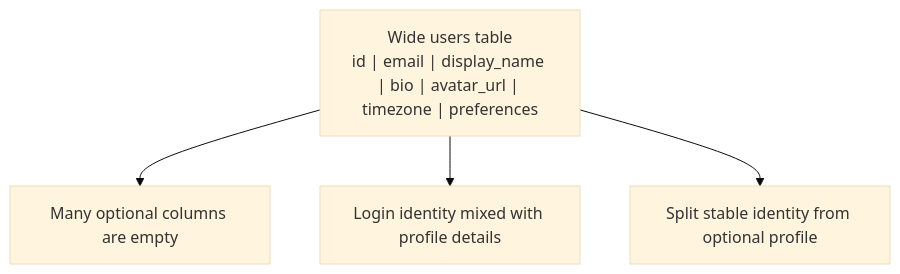
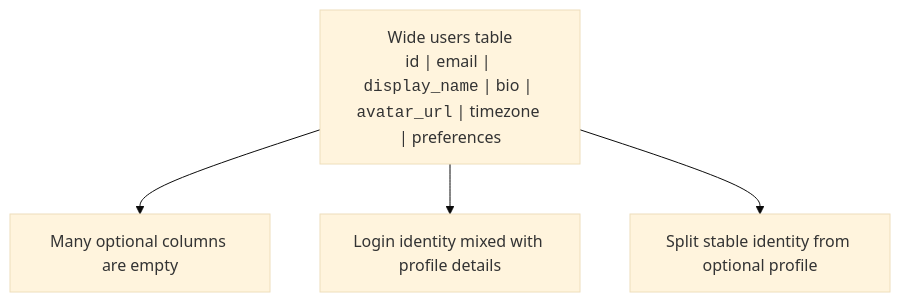
Before and after one commit to dataslope/dataslope: the first of 4 diagrams in content/learn/database-design-postgresql/one-to-one.mdx, drawn with Mermaid (base theme). The commit also changed other lines of this file and 153 other files, not shown here.

First line of the commit message:
Render code-only mermaid shapes in monospace; convert step sequences to Steps

````diff
--- a/content/learn/database-design-postgresql/one-to-one.mdx
+++ b/content/learn/database-design-postgresql/one-to-one.mdx
@@ -19,7 +19,7 @@
 ```mermaid
 flowchart TB
-    Wide["Wide users table<br/>id | email | display_name | bio | avatar_url | timezone | preferences"]
+    Wide["Wide users table<br/>id | email | <code>display_name</code> | bio | <code>avatar_url</code> | timezone | preferences"]
     Wide --> Sparse["Many optional columns are empty"]
     Wide --> Mixed["Login identity mixed with profile details"]
     Wide --> Split["Split stable identity from optional profile"]
 ```
````
